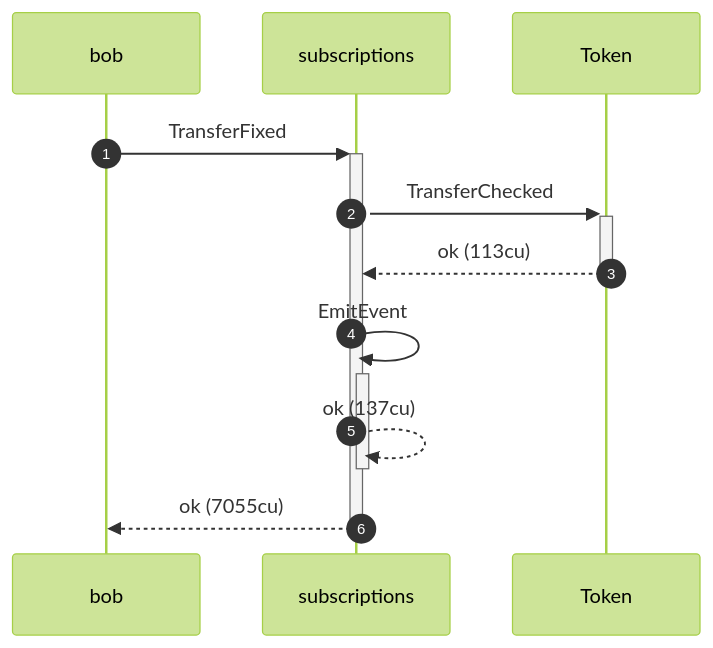
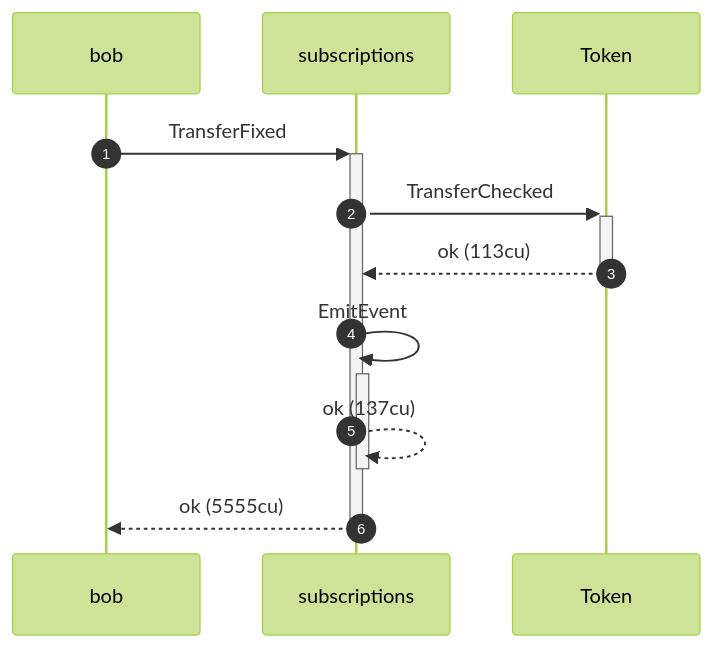
The tenth of 12 diagrams in dsl_tests/fixed-transfer-cannot-exceed-the-allowance-across-pulls.md (cds-rs/subscriptions), drawn with Mermaid (forest theme) before and after one commit. The commit also changed other lines of this file and 224 other files, not shown here.

````diff
--- a/dsl_tests/fixed-transfer-cannot-exceed-the-allowance-across-pulls.md
+++ b/dsl_tests/fixed-transfer-cannot-exceed-the-allowance-across-pulls.md
@@ -195,13 +204,13 @@
 ```mermaid
 sequenceDiagram
     autonumber
     participant bob
     participant subscriptions
     participant Token
     bob ->>+ subscriptions: TransferFixed
     subscriptions ->>+ Token: TransferChecked
     Token -->>- subscriptions: ok (113cu)
     subscriptions ->>+ subscriptions: EmitEvent
     subscriptions -->>- subscriptions: ok (137cu)
-    subscriptions -->>- bob: ok (7055cu)
+    subscriptions -->>- bob: ok (5555cu)
 ```
````
